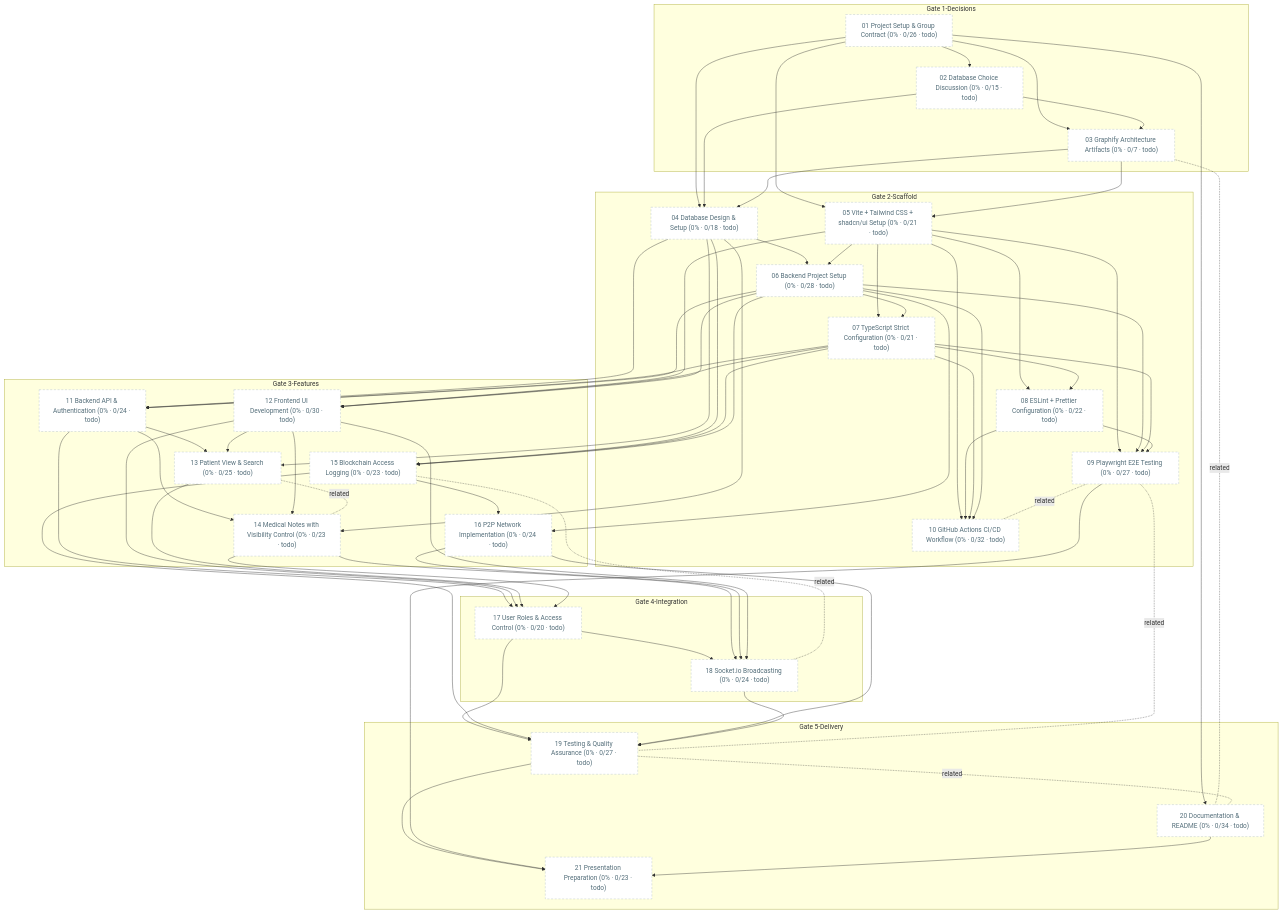
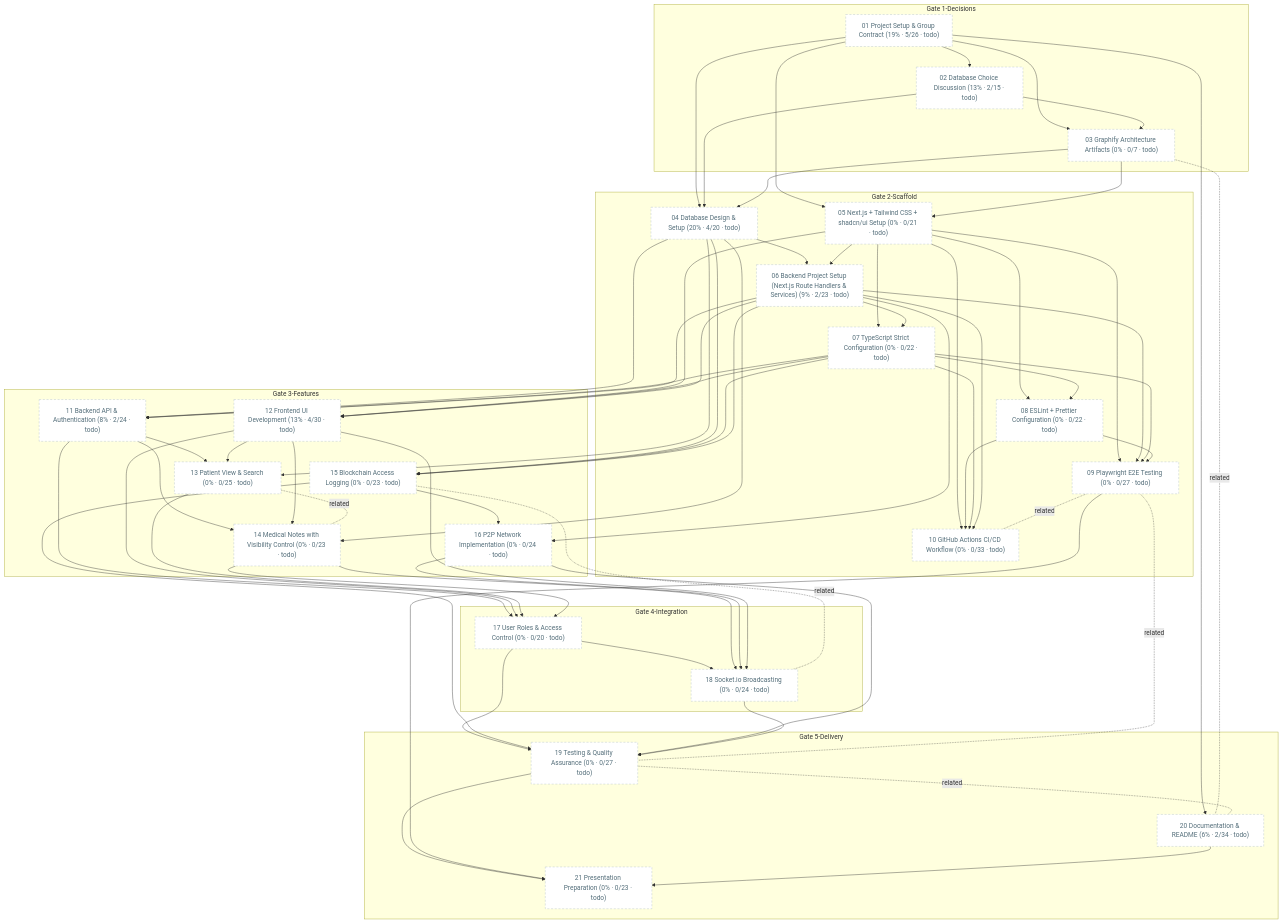
Before and after one commit to matdevstamp/inl-3-awesome-journal: the diagram in docs/diagrams/task-dependencies.md, drawn with Mermaid. The commit also changed 28 other files, not shown here.

```diff
--- a/docs/diagrams/task-dependencies.md
+++ b/docs/diagrams/task-dependencies.md
@@ -30,22 +30,22 @@
     %% Dotted line A -. related .- B: A and B are related
     %% Colors: green done · blue in progress · dashed gray todo (not started)
     subgraph decisions["Gate 1-Decisions"]
-    T01["01 Project Setup & Group Contract (0% · 0/26 · todo)"]
-    T02["02 Database Choice Discussion (0% · 0/15 · todo)"]
+    T01["01 Project Setup & Group Contract (19% · 5/26 · todo)"]
+    T02["02 Database Choice Discussion (13% · 2/15 · todo)"]
     T03["03 Graphify Architecture Artifacts (0% · 0/7 · todo)"]
     end
     subgraph scaffold["Gate 2-Scaffold"]
-    T04["04 Database Design & Setup (0% · 0/18 · todo)"]
-    T05["05 Vite + Tailwind CSS + shadcn/ui Setup (0% · 0/21 · todo)"]
-    T06["06 Backend Project Setup (0% · 0/28 · todo)"]
-    T07["07 TypeScript Strict Configuration (0% · 0/21 · todo)"]
+    T04["04 Database Design & Setup (20% · 4/20 · todo)"]
+    T05["05 Next.js + Tailwind CSS + shadcn/ui Setup (0% · 0/21 · todo)"]
+    T06["06 Backend Project Setup (Next.js Route Handlers & Services) (9% · 2/23 · todo)"]
+    T07["07 TypeScript Strict Configuration (0% · 0/22 · todo)"]
     T08["08 ESLint + Prettier Configuration (0% · 0/22 · todo)"]
     T09["09 Playwright E2E Testing (0% · 0/27 · todo)"]
-    T10["10 GitHub Actions CI/CD Workflow (0% · 0/32 · todo)"]
+    T10["10 GitHub Actions CI/CD Workflow (0% · 0/33 · todo)"]
     end
     subgraph features["Gate 3-Features"]
-    T11["11 Backend API & Authentication (0% · 0/24 · todo)"]
-    T12["12 Frontend UI Development (0% · 0/30 · todo)"]
+    T11["11 Backend API & Authentication (8% · 2/24 · todo)"]
+    T12["12 Frontend UI Development (13% · 4/30 · todo)"]
     T13["13 Patient View & Search (0% · 0/25 · todo)"]
     T14["14 Medical Notes with Visibility Control (0% · 0/23 · todo)"]
     T15["15 Blockchain Access Logging (0% · 0/23 · todo)"]
@@ -57,7 +57,7 @@
     end
     subgraph delivery["Gate 5-Delivery"]
     T19["19 Testing & Quality Assurance (0% · 0/27 · todo)"]
-    T20["20 Documentation & README (0% · 0/34 · todo)"]
+    T20["20 Documentation & README (6% · 2/34 · todo)"]
     T21["21 Presentation Preparation (0% · 0/23 · todo)"]
     end
     T01 --> T02
```
